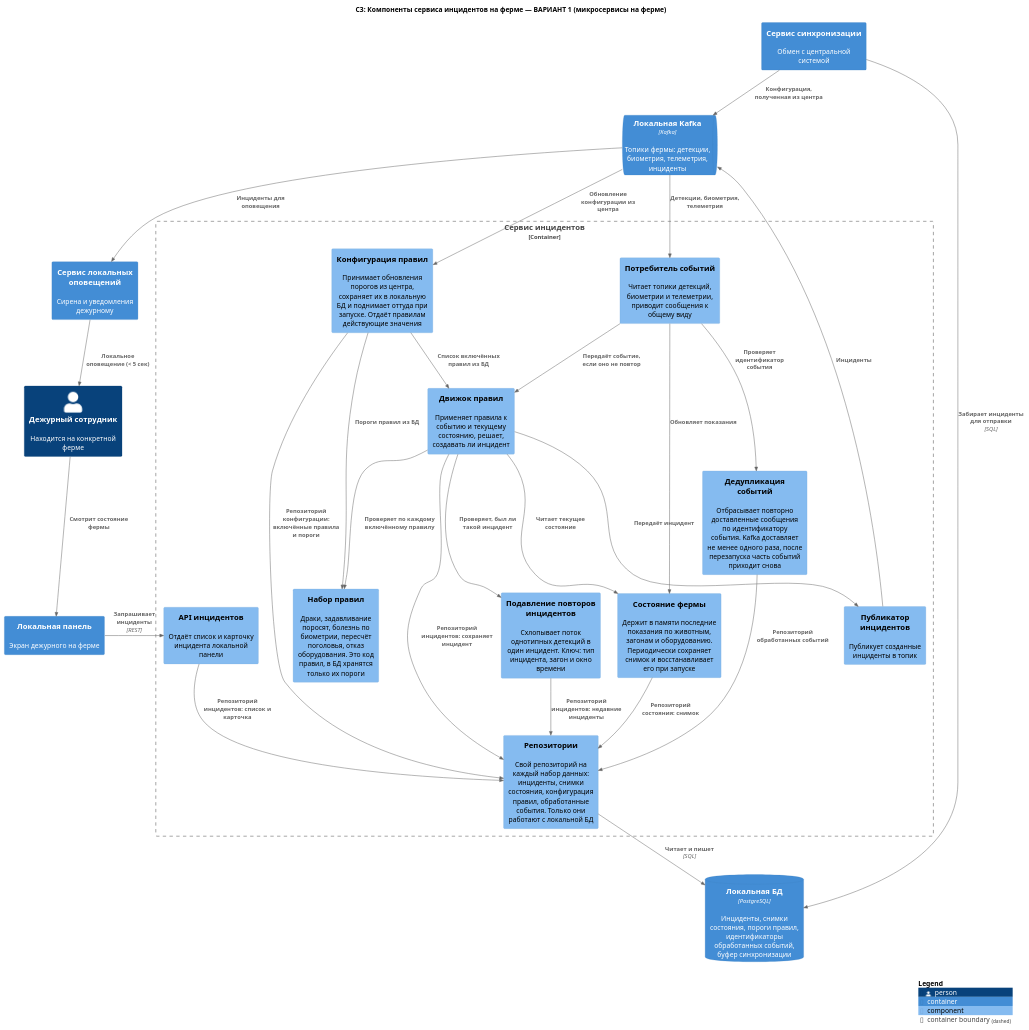
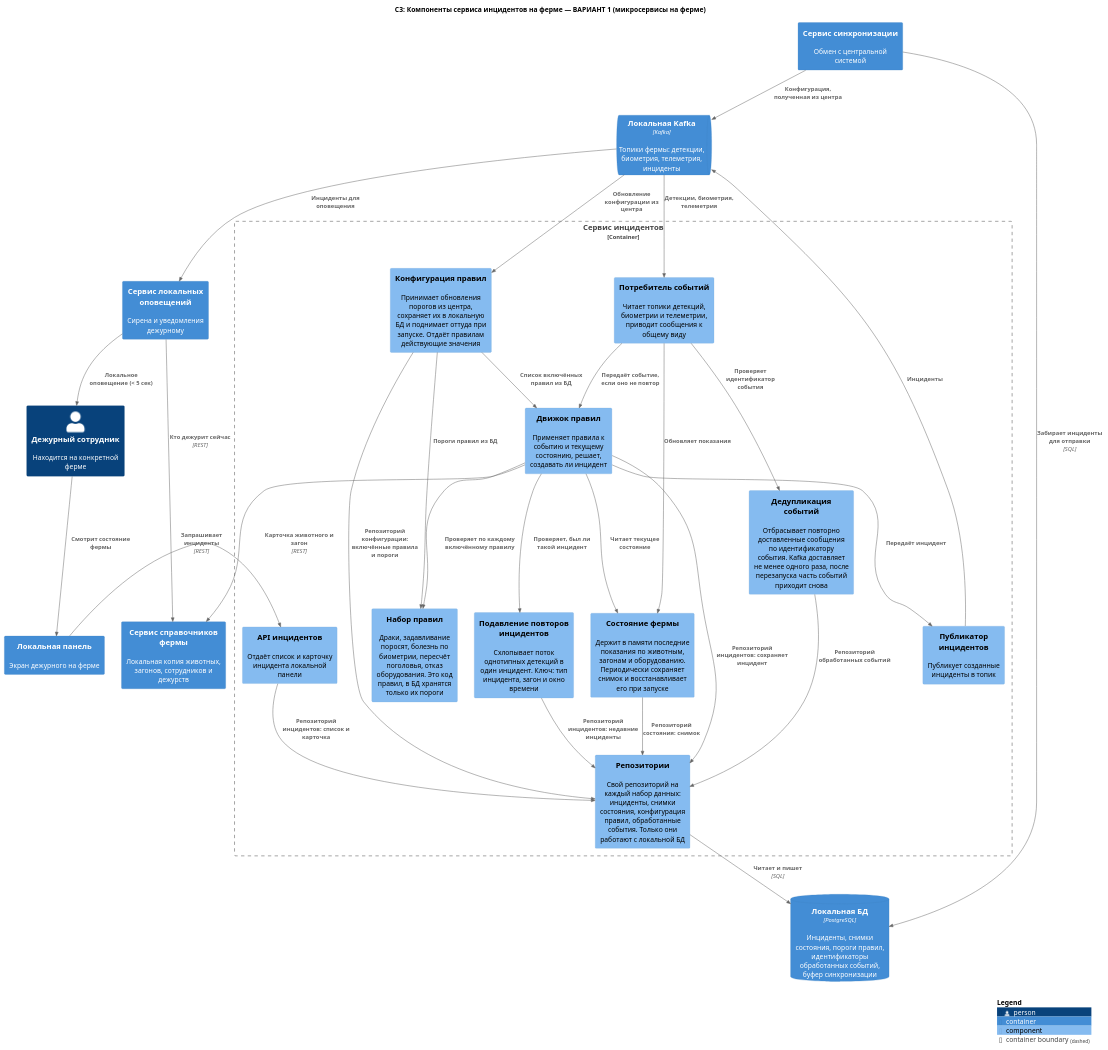
The diagram in Task3/c3-main.puml (skorogod/MSA-AgroTech), drawn with PlantUML before and after one commit. The commit also changed 18 other files, not shown here.

```diff
--- a/Task3/c3-main.puml
+++ b/Task3/c3-main.puml
@@ -1,55 +1,58 @@
 @startuml C3_Сервис_Инцидентов_Основное_Решение
 
 !include ../templates/C4_Component.puml
 
 title C3: Компоненты сервиса инцидентов на ферме — ВАРИАНТ 1 (микросервисы на ферме)
 
 Person(дежурный, "Дежурный сотрудник", "Находится на конкретной ферме")
 
 ContainerQueue(kafka_ф, "Локальная Kafka", "Kafka", "Топики фермы: детекции, биометрия, телеметрия, инциденты")
 ContainerDb(бд_ф, "Локальная БД", "PostgreSQL", "Инциденты, снимки состояния, пороги правил, идентификаторы обработанных событий, буфер синхронизации")
 Container(панель, "Локальная панель", $descr="Экран дежурного на ферме")
 Container(оповещения_ф, "Сервис локальных оповещений", $descr="Сирена и уведомления дежурному")
 Container(синхронизация, "Сервис синхронизации", $descr="Обмен с центральной системой")
+Container(справочники_ф, "Сервис справочников фермы", $descr="Локальная копия животных, загонов, сотрудников и дежурств")
 
 Container_Boundary(инциденты, "Сервис инцидентов") {
     Component(потребитель, "Потребитель событий", $descr="Читает топики детекций, биометрии и телеметрии, приводит сообщения к общему виду")
     Component(дедупликация, "Дедупликация событий", $descr="Отбрасывает повторно доставленные сообщения по идентификатору события. Kafka доставляет не менее одного раза, после перезапуска часть событий приходит снова")
     Component(состояние, "Состояние фермы", $descr="Держит в памяти последние показания по животным, загонам и оборудованию. Периодически сохраняет снимок и восстанавливает его при запуске")
     Component(движок, "Движок правил", $descr="Применяет правила к событию и текущему состоянию, решает, создавать ли инцидент")
     Component(правила, "Набор правил", $descr="Драки, задавливание поросят, болезнь по биометрии, пересчёт поголовья, отказ оборудования. Это код правил, в БД хранятся только их пороги")
     Component(конфигурация, "Конфигурация правил", $descr="Принимает обновления порогов из центра, сохраняет их в локальную БД и поднимает оттуда при запуске. Отдаёт правилам действующие значения")
     Component(подавление, "Подавление повторов инцидентов", $descr="Схлопывает поток однотипных детекций в один инцидент. Ключ: тип инцидента, загон и окно времени")
     Component(репозиторий, "Репозитории", $descr="Свой репозиторий на каждый набор данных: инциденты, снимки состояния, конфигурация правил, обработанные события. Только они работают с локальной БД")
     Component(публикатор, "Публикатор инцидентов", $descr="Публикует созданные инциденты в топик")
     Component(api, "API инцидентов", $descr="Отдаёт список и карточку инцидента локальной панели")
 }
 
 Rel(kafka_ф, потребитель, "Детекции, биометрия, телеметрия")
 Rel(потребитель, дедупликация, "Проверяет идентификатор события")
 Rel(дедупликация, репозиторий, "Репозиторий обработанных событий")
 Rel(потребитель, состояние, "Обновляет показания")
 Rel(потребитель, движок, "Передаёт событие, если оно не повтор")
 Rel(движок, состояние, "Читает текущее состояние")
 Rel(движок, правила, "Проверяет по каждому включённому правилу")
 Rel(конфигурация, правила, "Пороги правил из БД")
 Rel(конфигурация, движок, "Список включённых правил из БД")
 Rel(движок, подавление, "Проверяет, был ли такой инцидент")
 Rel(подавление, репозиторий, "Репозиторий инцидентов: недавние инциденты")
 Rel(состояние, репозиторий, "Репозиторий состояния: снимок")
 Rel(движок, репозиторий, "Репозиторий инцидентов: сохраняет инцидент")
+Rel(движок, справочники_ф, "Карточка животного и загон", "REST")
+Rel(оповещения_ф, справочники_ф, "Кто дежурит сейчас", "REST")
 Rel(движок, публикатор, "Передаёт инцидент")
 Rel(публикатор, kafka_ф, "Инциденты")
 Rel(kafka_ф, оповещения_ф, "Инциденты для оповещения")
 Rel(оповещения_ф, дежурный, "Локальное оповещение (< 5 сек)")
 Rel(репозиторий, бд_ф, "Читает и пишет", "SQL")
 Rel(kafka_ф, конфигурация, "Обновление конфигурации из центра")
 Rel(конфигурация, репозиторий, "Репозиторий конфигурации: включённые правила и пороги")
 Rel(синхронизация, kafka_ф, "Конфигурация, полученная из центра")
 Rel(синхронизация, бд_ф, "Забирает инциденты для отправки", "SQL")
 Rel(api, репозиторий, "Репозиторий инцидентов: список и карточка")
 Rel(панель, api, "Запрашивает инциденты", "REST")
 Rel(дежурный, панель, "Смотрит состояние фермы")
 
 SHOW_LEGEND()
 @enduml
```
